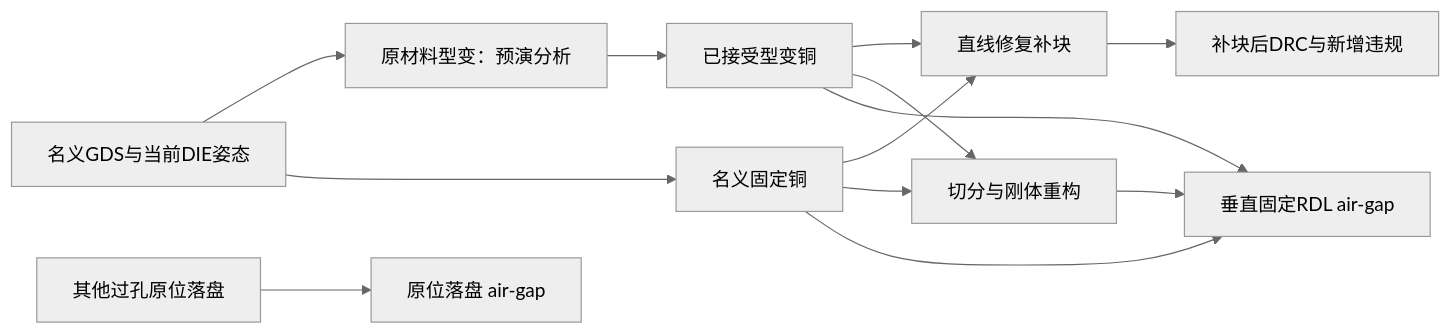
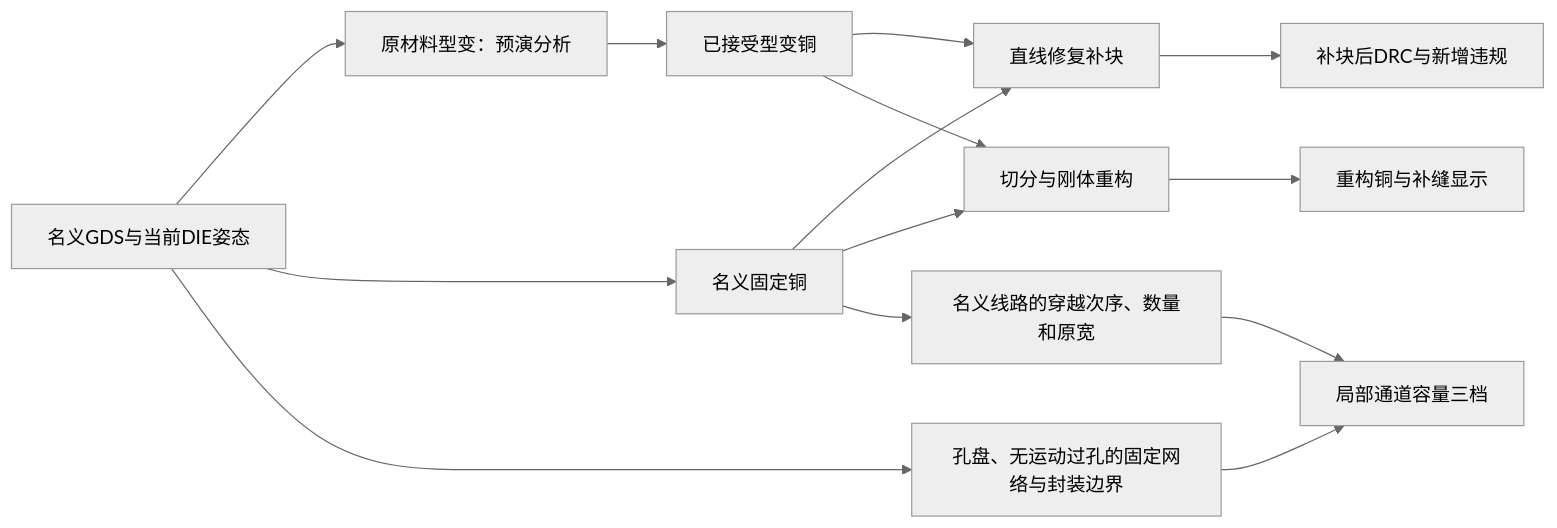
The diagram in docs/DESIGN_REQUIREMENTS.md (shiyuliuth-del/PLP_Die_Shift_Analyzer), drawn with Mermaid (neutral theme) before and after one commit. The commit also changed other lines of this file and 38 other files, not shown here.

````diff
--- a/docs/DESIGN_REQUIREMENTS.md
+++ b/docs/DESIGN_REQUIREMENTS.md
@@ -86,15 +86,16 @@
 ```mermaid
 flowchart LR
   A[名义GDS与当前DIE姿态] --> B[原材料型变：预演分析]
   A --> C[名义固定铜]
   B --> D[已接受型变铜]
   C --> E[直线修复补块]
   D --> E
   E --> F[补块后DRC与新增违规]
   C --> G[切分与刚体重构]
   D --> G
-  G --> H[垂直固定RDL air-gap]
-  C --> H
-  D --> H
-  I[其他过孔原位落盘] --> J[原位落盘 air-gap]
+  G --> H[重构铜与补缝显示]
+  A --> I[孔盘、无运动过孔的固定网络与封装边界]
+  C --> J[名义线路的穿越次序、数量和原宽]
+  I --> K[局部通道容量三档]
+  J --> K
 ```
````
